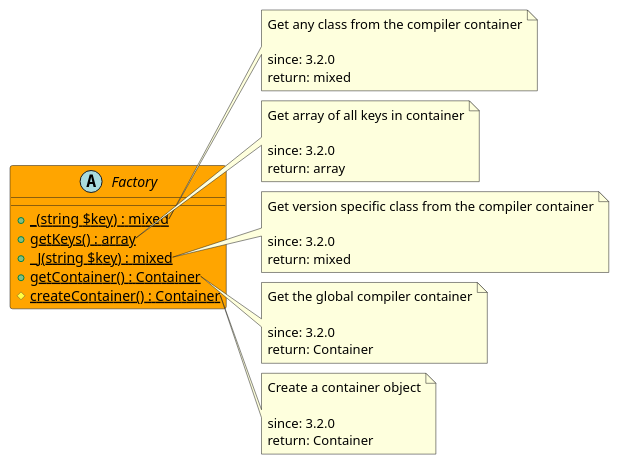
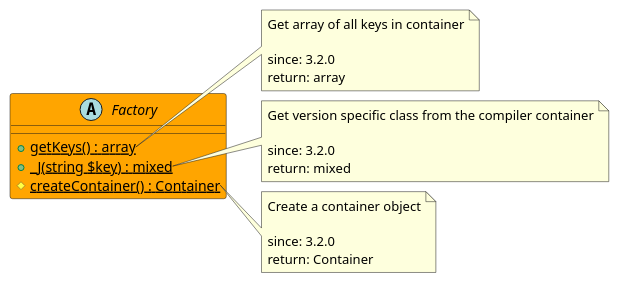
One commit to joomengine/jcb-compiler changed the diagram in src/d910d8b8-4c23-4f3e-8cda-438f2d2bd7ac/README.md. Above: the diagram before and after it, drawn with PlantUML. The commit also changed other lines of this file and 969 other files, not shown here.

````diff
--- a/src/d910d8b8-4c23-4f3e-8cda-438f2d2bd7ac/README.md
+++ b/src/d910d8b8-4c23-4f3e-8cda-438f2d2bd7ac/README.md
@@ -11,47 +12,31 @@
 ```uml
 @startuml
 abstract Factory  #Orange {
-  + {static} _(string $key) : mixed
   + {static} getKeys() : array
   + {static} _J(string $key) : mixed
-  + {static} getContainer() : Container
   # {static} createContainer() : Container
 }
-
-note right of Factory::_
-  Get any class from the compiler container
-
-  since: 3.2.0
-  return: mixed
-end note
 
 note right of Factory::getKeys
   Get array of all keys in container
 
   since: 3.2.0
   return: array
 end note
 
 note right of Factory::_J
   Get version specific class from the compiler container
 
   since: 3.2.0
   return: mixed
 end note
 
-note right of Factory::getContainer
-  Get the global compiler container
-
-  since: 3.2.0
-  return: Container
-end note
-
 note right of Factory::createContainer
   Create a container object
 
   since: 3.2.0
   return: Container
 end note
  
 @enduml
 ```
````
